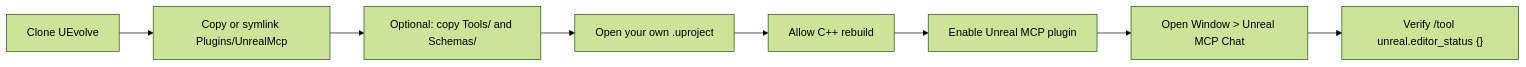
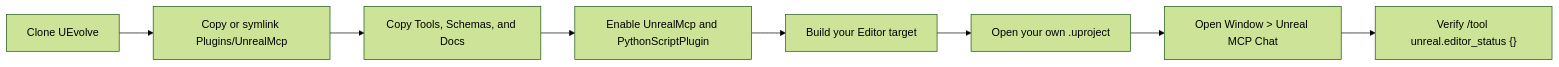
The diagram in README.md (edwinmeng163-oss/UEMCP), drawn with Mermaid (forest theme) before and after one commit. The commit also changed other lines of this file and 37 other files, not shown here.

````diff
--- a/README.md
+++ b/README.md
@@ -467,10 +525,10 @@
 ```mermaid
 flowchart LR
     A["Clone UEvolve"] --> B["Copy or symlink Plugins/UnrealMcp"]
-    B --> C["Optional: copy Tools/ and Schemas/"]
-    C --> D["Open your own .uproject"]
-    D --> E["Allow C++ rebuild"]
-    E --> F["Enable Unreal MCP plugin"]
+    B --> C["Copy Tools, Schemas, and Docs"]
+    C --> D["Enable UnrealMcp and PythonScriptPlugin"]
+    D --> E["Build your Editor target"]
+    E --> F["Open your own .uproject"]
     F --> G["Open Window > Unreal MCP Chat"]
     G --> H["Verify /tool unreal.editor_status {}"]
 ```
````
